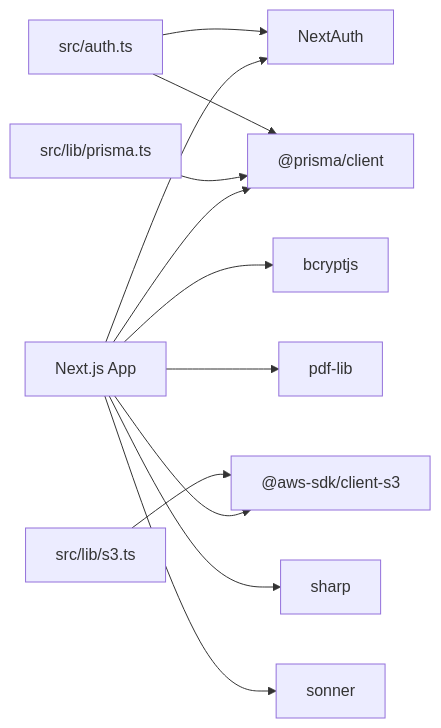
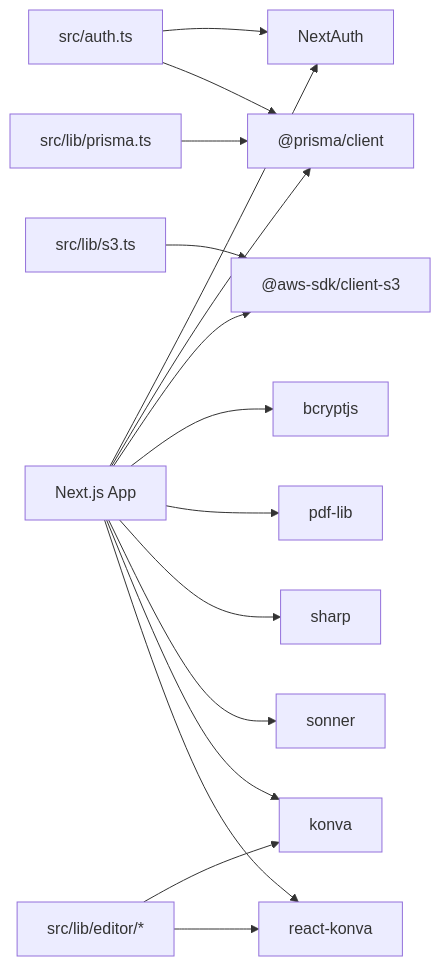
Before and after one commit to Crowdspender/titchybooks-app: the ninth of 9 diagrams in .qoder/repowiki/en/content/Development Guidelines.md, drawn with Mermaid. The commit also changed other lines of this file and 62 other files, not shown here.

````diff
--- a/.qoder/repowiki/en/content/Development Guidelines.md
+++ b/.qoder/repowiki/en/content/Development Guidelines.md
@@ -331,14 +604,18 @@
 ```mermaid
 graph LR
 APP["Next.js App"] --> NEXTAUTH["NextAuth"]
 APP --> PRISMA["@prisma/client"]
 APP --> S3["@aws-sdk/client-s3"]
 APP --> AUTH["bcryptjs"]
 APP --> PDF["pdf-lib"]
 APP --> IMG["sharp"]
 APP --> UI["sonner"]
+APP --> KONVA["konva"]
+APP --> REACTKONVA["react-konva"]
 LIB1["src/lib/prisma.ts"] --> PRISMA
 LIB2["src/lib/s3.ts"] --> S3
 AUTHCFG["src/auth.ts"] --> NEXTAUTH
 AUTHCFG --> PRISMA
+EDITOR["src/lib/editor/*"] --> KONVA
+EDITOR --> REACTKONVA
 ```
````
